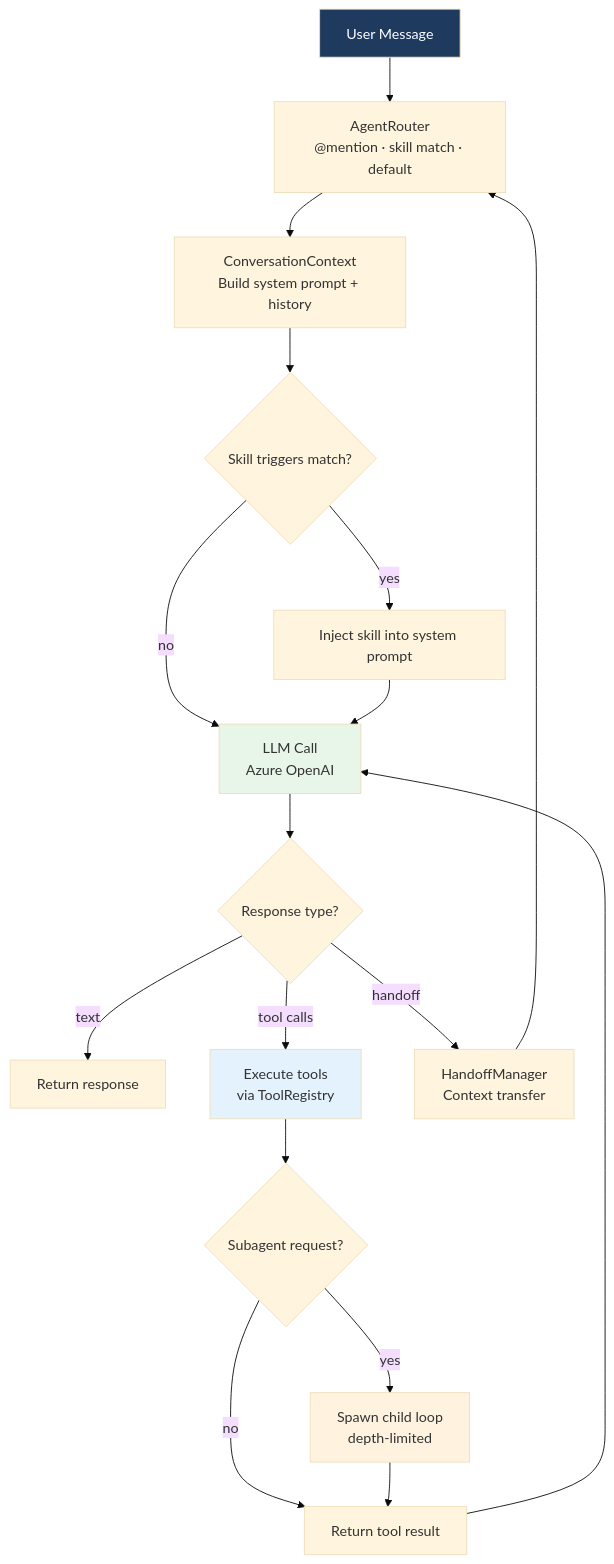
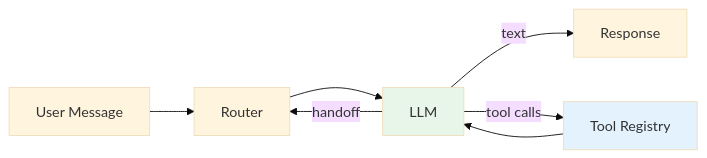
One commit to shyamsridhar123/ATV-AgentSkillsDemo changed the fourth of 7 diagrams in README.md. Above: the diagram before and after it, drawn with Mermaid (base theme). The commit also changed other lines of this file and 2 other files, not shown here.

First line of the commit message:
beth-dre: Simplify mermaid diagrams and remove A2A branding

````diff
--- a/README.md
+++ b/README.md
@@ -298,24 +246,11 @@
 ```mermaid
-flowchart TB
-    User["User Message"] --> Route["AgentRouter\n@mention · skill match · default"]
-    Route --> Context["ConversationContext\nBuild system prompt + history"]
-    Context --> Skills{"Skill triggers match?"}
-    Skills -->|yes| Inject["Inject skill into system prompt"]
-    Skills -->|no| LLM
-    Inject --> LLM["LLM Call\nAzure OpenAI"]
-    LLM --> Decision{"Response type?"}
-    Decision -->|text| Done["Return response"]
-    Decision -->|tool calls| ToolExec["Execute tools\nvia ToolRegistry"]
-    ToolExec --> SubCheck{"Subagent request?"}
-    SubCheck -->|yes| SubAgent["Spawn child loop\ndepth-limited"]
-    SubCheck -->|no| ToolResult["Return tool result"]
-    SubAgent --> ToolResult
-    ToolResult --> LLM
-    Decision -->|handoff| Handoff["HandoffManager\nContext transfer"]
-    Handoff --> Route
+flowchart LR
+    Msg["User Message"] --> Route["Router"] --> LLM["LLM"]
+    LLM -->|text| Done["Response"]
+    LLM -->|tool calls| Tools["Tool Registry"]
+    Tools --> LLM
+    LLM -->|handoff| Route
 
-    style User fill:#1e3a5f,color:#fff
     style LLM fill:#e8f5e9
-    style ToolExec fill:#e3f2fd
-    style SubAgent fill:#fff3e0
+    style Tools fill:#e3f2fd
 ```
````
